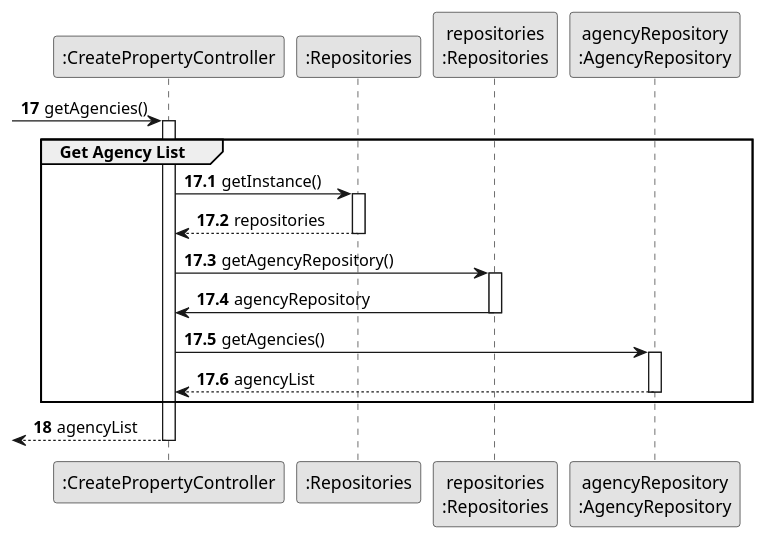
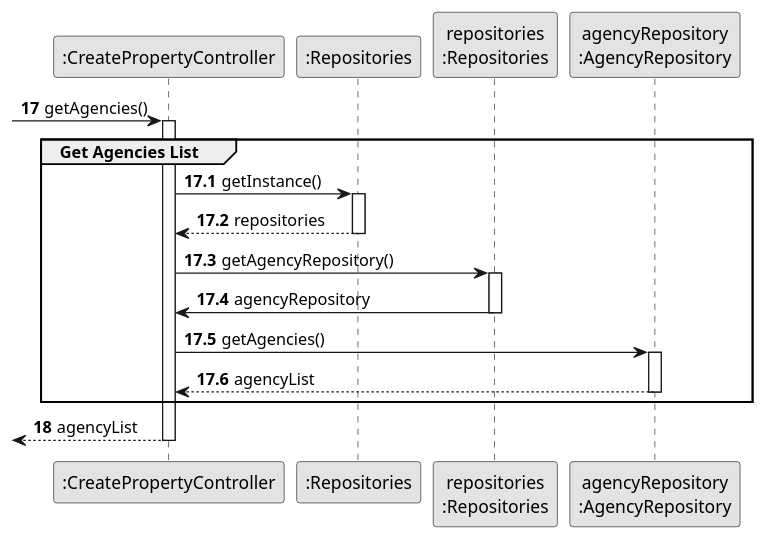
One commit to rita-barbosa/LAPR2-2223 changed the diagram in docs/sprintB/us004/03.design/puml/us004-sequence-diagram-partial-get-agency-list.puml. Above: the diagram before and after it, drawn with PlantUML. The commit also changed 24 other files, not shown here.

```diff
--- a/docs/sprintB/us004/03.design/puml/us004-sequence-diagram-partial-get-agency-list.puml
+++ b/docs/sprintB/us004/03.design/puml/us004-sequence-diagram-partial-get-agency-list.puml
@@ -1,49 +1,49 @@
 @startuml
 
 skinparam monochrome true
 skinparam packageStyle rectangle
 skinparam shadowing false
 
 participant ":CreatePropertyController" as CTRL
 participant ":Repositories" as RepositorySingleton
 participant "repositories\n:Repositories" as PLAT
 participant "agencyRepository\n:AgencyRepository" as AgencyRepository
 
 autonumber 17
 
 -> CTRL : getAgencies()
 
 activate CTRL
 autonumber 17.1
 
-    group Get Agency List
+    group Get Agencies List
 
 CTRL -> RepositorySingleton : getInstance()
 
         activate RepositorySingleton
 
             RepositorySingleton --> CTRL : repositories
         deactivate RepositorySingleton
 
         CTRL -> PLAT : getAgencyRepository()
 
         activate PLAT
 
             PLAT -> CTRL : agencyRepository
 
         deactivate PLAT
 
         CTRL -> AgencyRepository : getAgencies()
 
         activate AgencyRepository
 
         AgencyRepository --> CTRL : agencyList
 
         deactivate AgencyRepository
      end
      autonumber 18
 
         <-- CTRL : agencyList
 
         deactivate CTRL
 @enduml
```
